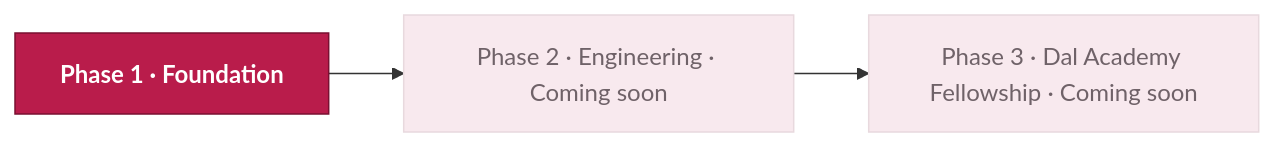
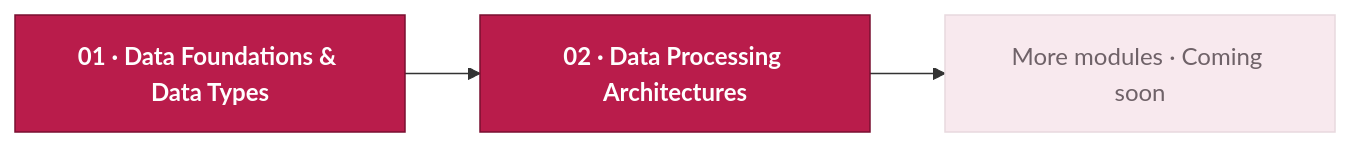
Before and after one commit to daldata-ai/Dal-Academy-Content: the diagram in README.md, drawn with Mermaid. The commit also changed 1 other file, not shown here.

Commit message:
Publish update (authoring 2f36fe8)

````diff
--- a/README.md
+++ b/README.md
@@ -21,11 +21,11 @@
 ```mermaid
 flowchart LR
-    P1["Phase 1 · Foundation"]
-    P2["Phase 2 · Engineering · Coming soon"]
-    P3["Phase 3 · Dal Academy Fellowship · Coming soon"]
-    P1 --> P2 --> P3
+    M1["01 · Data Foundations & Data Types"]
+    M2["02 · Data Processing Architectures"]
+    SOON["More modules · Coming soon"]
+    M1 --> M2 --> SOON
     classDef live fill:#B91C4B,stroke:#7A0F31,color:#FFFFFF,font-weight:bold
     classDef soon fill:#F8E9EE,stroke:#E8D9DE,color:#6F6268
-    class P1 live
-    class P2,P3 soon
+    class M1,M2 live
+    class SOON soon
 ```
````
